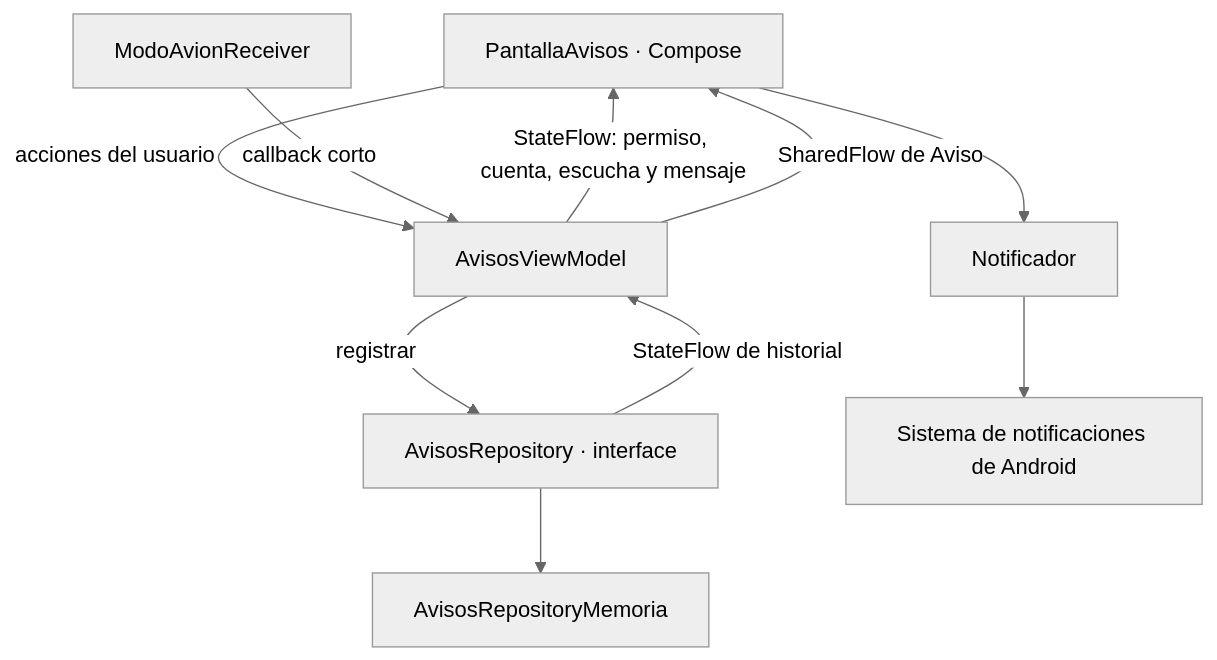
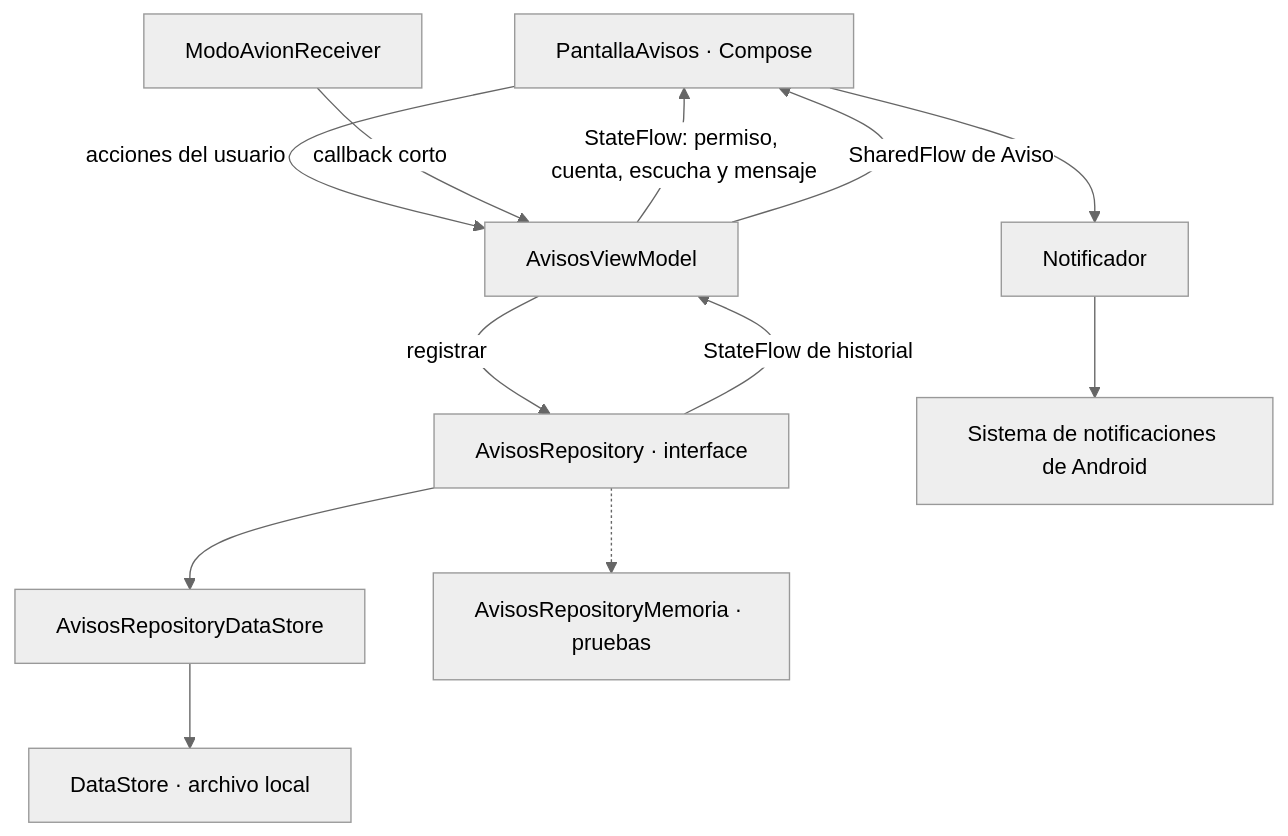
The diagram in Semana15/avisoscampus/README.md (OscarAEL/Moviles-Curso-OAEL), drawn with Mermaid (neutral theme) before and after one commit. The commit also changed other lines of this file and 15 other files, not shown here.

Commit message:
feat(historial): persiste avisos con DataStore y conserva los ids

````diff
--- a/Semana15/avisoscampus/README.md
+++ b/Semana15/avisoscampus/README.md
@@ -45,12 +73,14 @@
 ```mermaid
 flowchart TD
     UI["PantallaAvisos · Compose"] -->|"acciones del usuario"| VM["AvisosViewModel"]
     VM -->|"registrar"| R["AvisosRepository · interface"]
-    R --> M["AvisosRepositoryMemoria"]
+    R --> D["AvisosRepositoryDataStore"]
+    D --> F["DataStore · archivo local"]
+    R -.-> M["AvisosRepositoryMemoria · pruebas"]
     R -->|"StateFlow de historial"| VM
     VM -->|"StateFlow: permiso, cuenta, escucha y mensaje"| UI
     VM -->|"SharedFlow de Aviso"| UI
     UI --> N["Notificador"]
     N --> S["Sistema de notificaciones de Android"]
     B["ModoAvionReceiver"] -->|"callback corto"| VM
 ```
````
